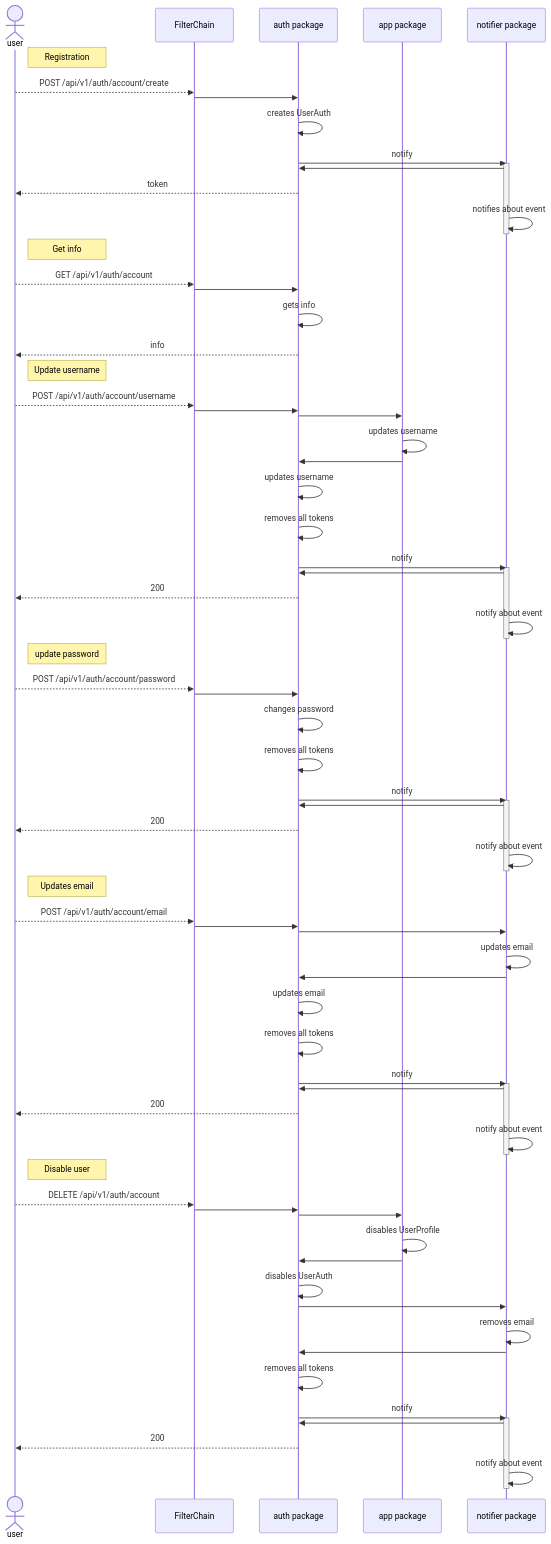
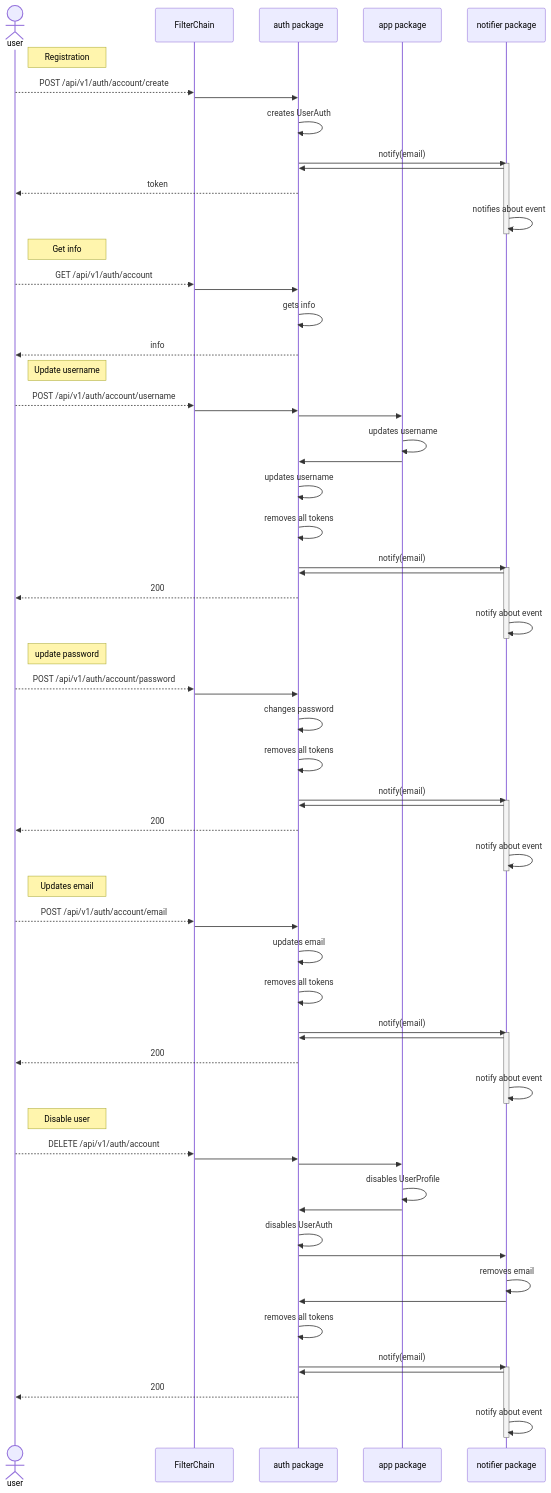
The second of 7 diagrams in readme.md (drsanches/photobooth), drawn with Mermaid before and after one commit. The commit also changed other lines of this file and 18 other files, not shown here.

Commit message:
Email notifications flow refactoring

```diff
--- a/readme.md
+++ b/readme.md
@@ -76,7 +74,7 @@
     user -->> FilterChain: POST /api/v1/auth/account/create
     FilterChain ->> auth: 
     auth ->> auth: creates UserAuth
-    auth ->> notifier: notify
+    auth ->> notifier: notify(email)
     activate notifier
     notifier ->> auth: 
     auth -->> user: token
@@ -97,7 +95,7 @@
     app ->> auth: 
     auth ->> auth: updates username
     auth ->> auth: removes all tokens
-    auth ->> notifier: notify
+    auth ->> notifier: notify(email)
     activate notifier
     notifier ->> auth: 
     auth -->> user: 200
@@ -109,7 +107,7 @@
     FilterChain ->> auth: 
     auth ->> auth: changes password
     auth ->> auth: removes all tokens
-    auth ->> notifier: notify
+    auth ->> notifier: notify(email)
     activate notifier
     notifier ->> auth: 
     auth -->> user: 200
@@ -119,12 +117,9 @@
     note right of user: Updates email
     user -->> FilterChain: POST /api/v1/auth/account/email
     FilterChain ->> auth: 
-    auth ->> notifier: 
-    notifier ->> notifier: updates email
-    notifier ->> auth: 
     auth ->> auth: updates email
     auth ->> auth: removes all tokens
-    auth ->> notifier: notify
+    auth ->> notifier: notify(email)
     activate notifier
     notifier ->> auth: 
     auth -->> user: 200
@@ -142,7 +137,7 @@
     notifier ->> notifier: removes email
     notifier ->> auth: 
     auth ->> auth: removes all tokens
-    auth ->> notifier: notify
+    auth ->> notifier: notify(email)
     activate notifier
     notifier ->> auth: 
     auth -->> user: 200
```
